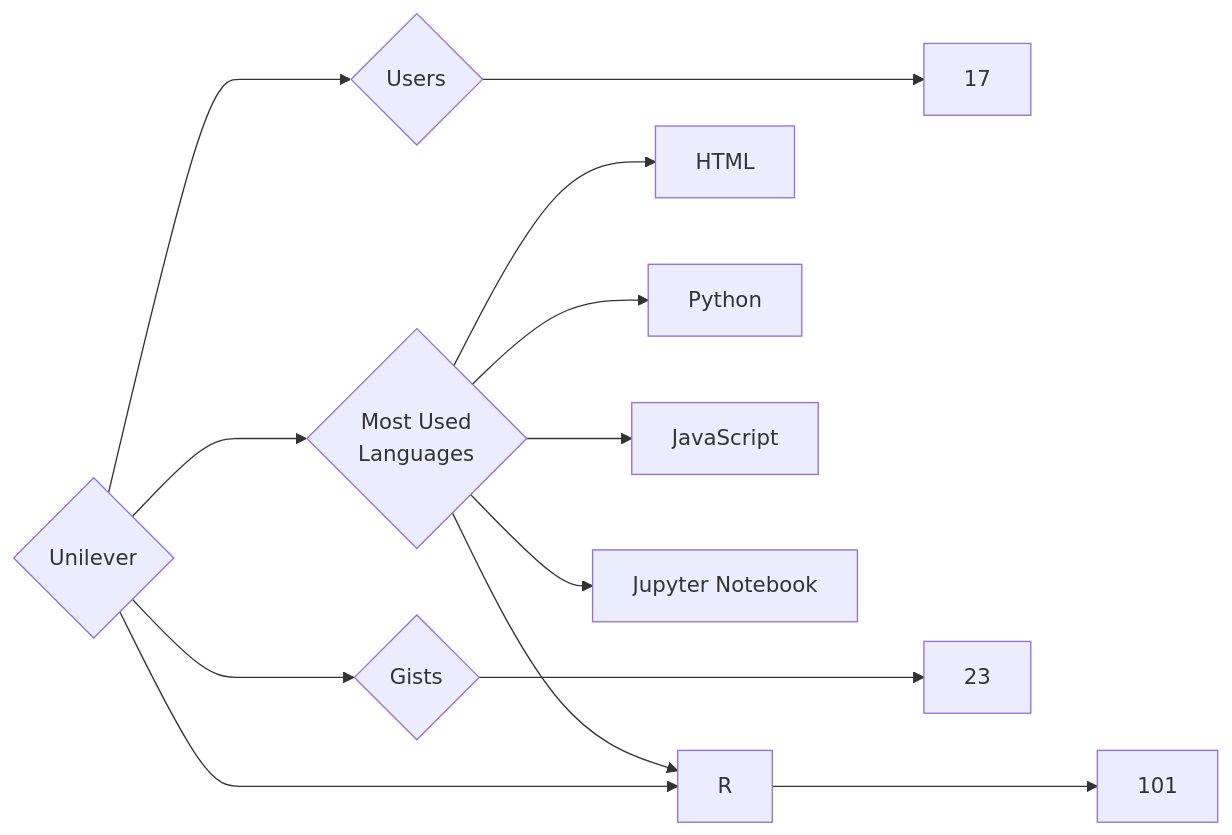
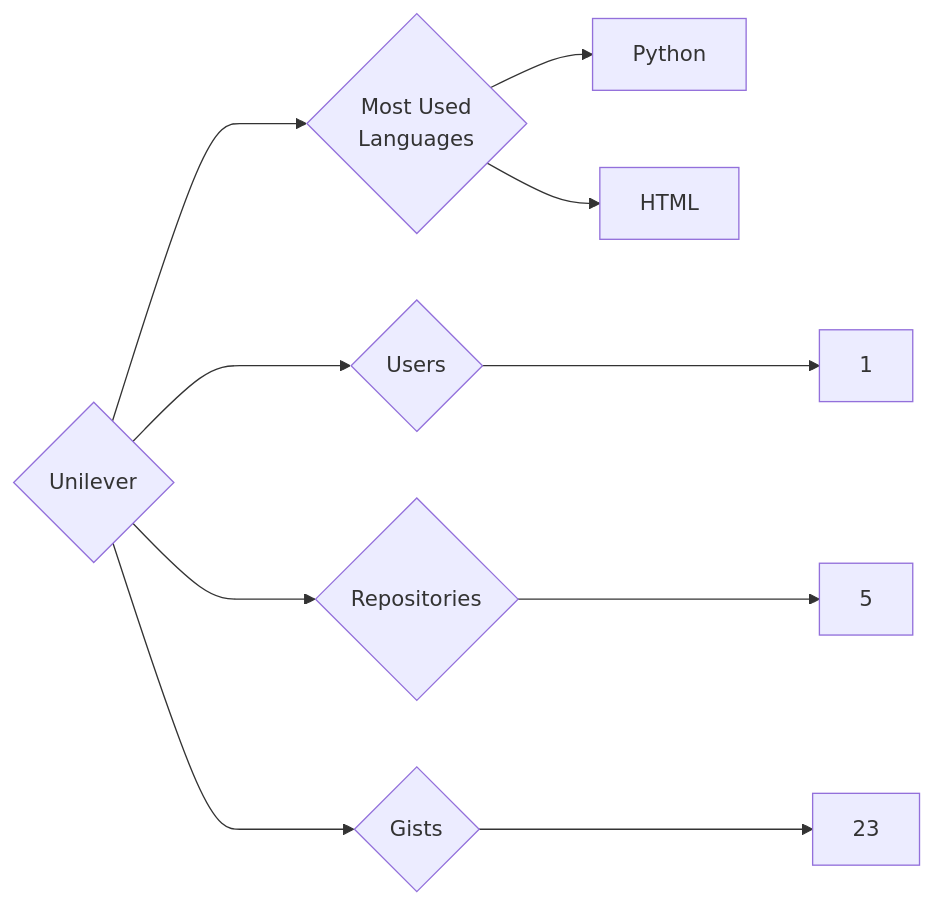
The diagram in targets/Unilever/README.md (trickest/insiders), drawn with Mermaid before and after one commit. The commit also changed 677 other files, not shown here.

````diff
--- a/targets/Unilever/README.md
+++ b/targets/Unilever/README.md
@@ -3,13 +3,10 @@
 ```mermaid
 graph LR
 COMPANY_NAME{Unilever}
-COMPANY_NAME ---> U{Users} ---> UN[17]
-COMPANY_NAME ---> R{Repositories} ---> RN[101]
+COMPANY_NAME ---> U{Users} ---> UN[1]
+COMPANY_NAME ---> R{Repositories} ---> RN[5]
 COMPANY_NAME ---> G{Gists} ---> GN[23]
 COMPANY_NAME ---> ML{Most Used<br>Languages}
+ML --> Python[Python]
 ML --> HTML[HTML]
-ML --> Python[Python]
-ML --> JavaScript[JavaScript]
-ML --> Jupyter_Notebook[Jupyter Notebook]
-ML --> R[R]
 ```
````
